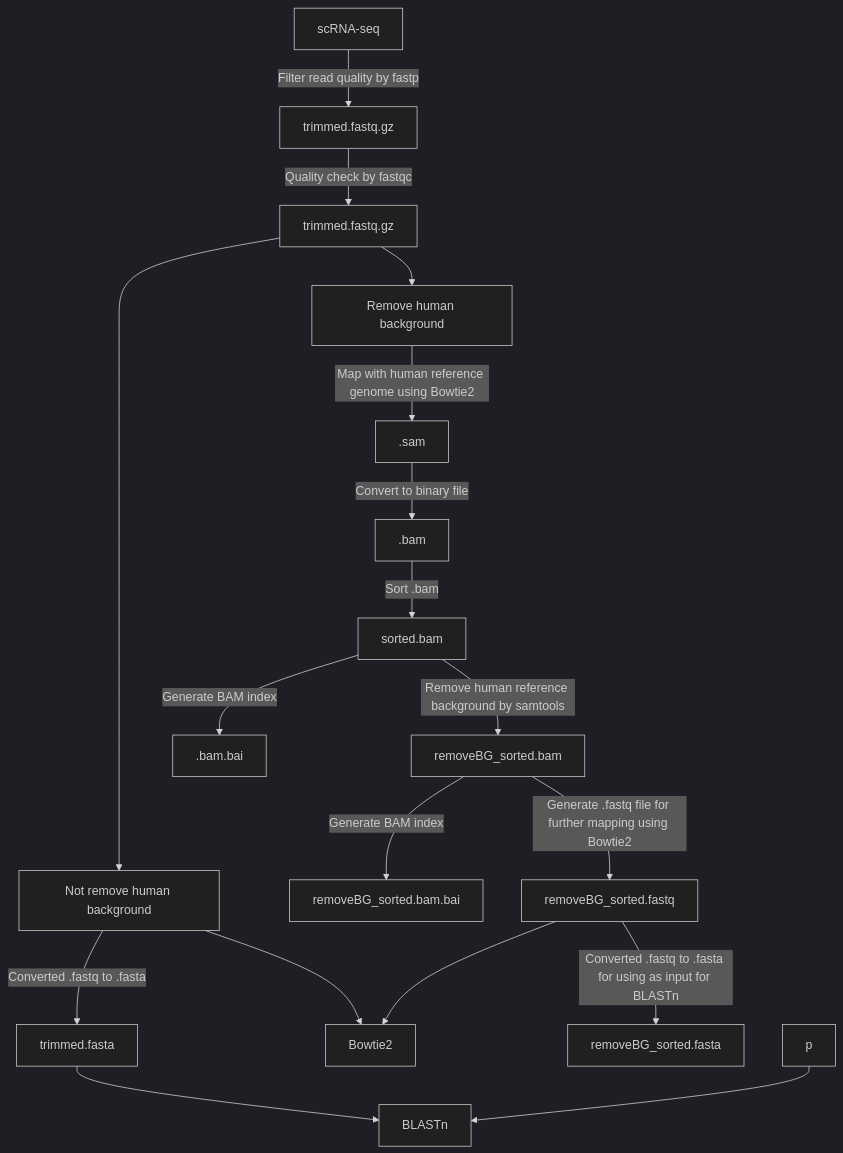
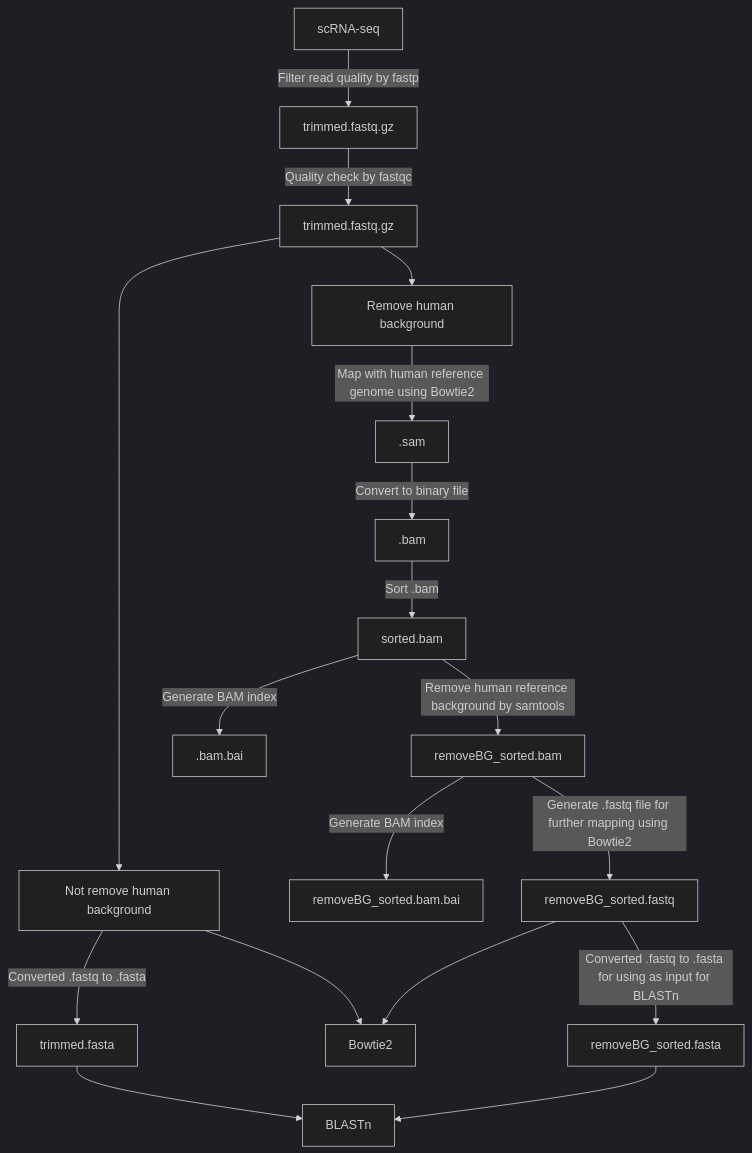
One commit to julaneelee/Human-viruses-detection-in-scRNA-seq changed the diagram in README.md. Above: the diagram before and after it, drawn with Mermaid (dark theme).

````diff
--- a/README.md
+++ b/README.md
@@ -15,20 +15,20 @@
 ```mermaid
 graph TD;
     A[scRNA-seq]-->|Filter read quality by fastp| B[trimmed.fastq.gz];
     B-->|Quality check by fastqc| C[trimmed.fastq.gz];
     C--> N[Not remove human background];
     C--> O[Remove human background];
     N--> |Converted .fastq to .fasta| K[trimmed.fasta];
     K--> M[BLASTn];
     N--> L[Bowtie2];
     O-->|Map with human reference genome using Bowtie2| D[.sam];
     D-->|Convert to binary file| E[.bam];
     E-->|Sort .bam| F[sorted.bam];
     F-->|Generate BAM index| G[.bam.bai];
     F-->|Remove human reference background by samtools| H[removeBG_sorted.bam] ;
     H-->|Generate BAM index| I[removeBG_sorted.bam.bai];
     H-->|Generate .fastq file for further mapping using Bowtie2| J[removeBG_sorted.fastq];
     J--> L[Bowtie2];
     J--> |Converted .fastq to .fasta for using as input for BLASTn| P[removeBG_sorted.fasta];
-    p -->M[BLASTn];
+    P-->M[BLASTn];
 ```
````
